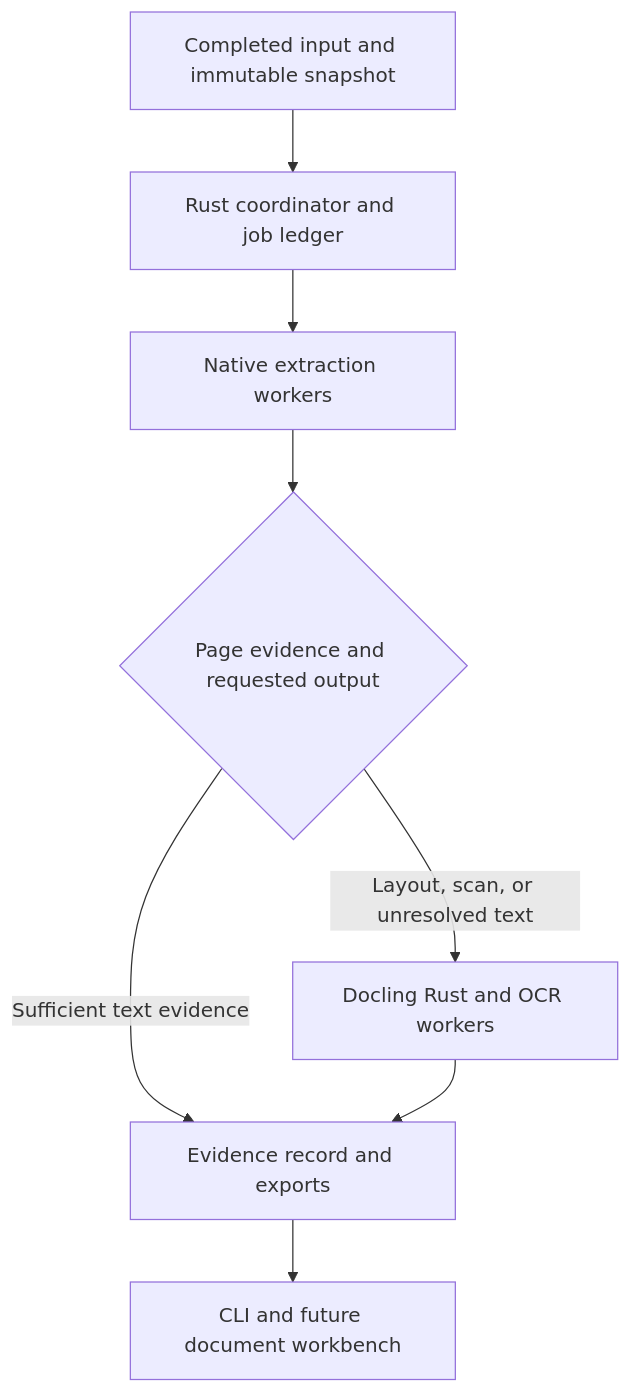
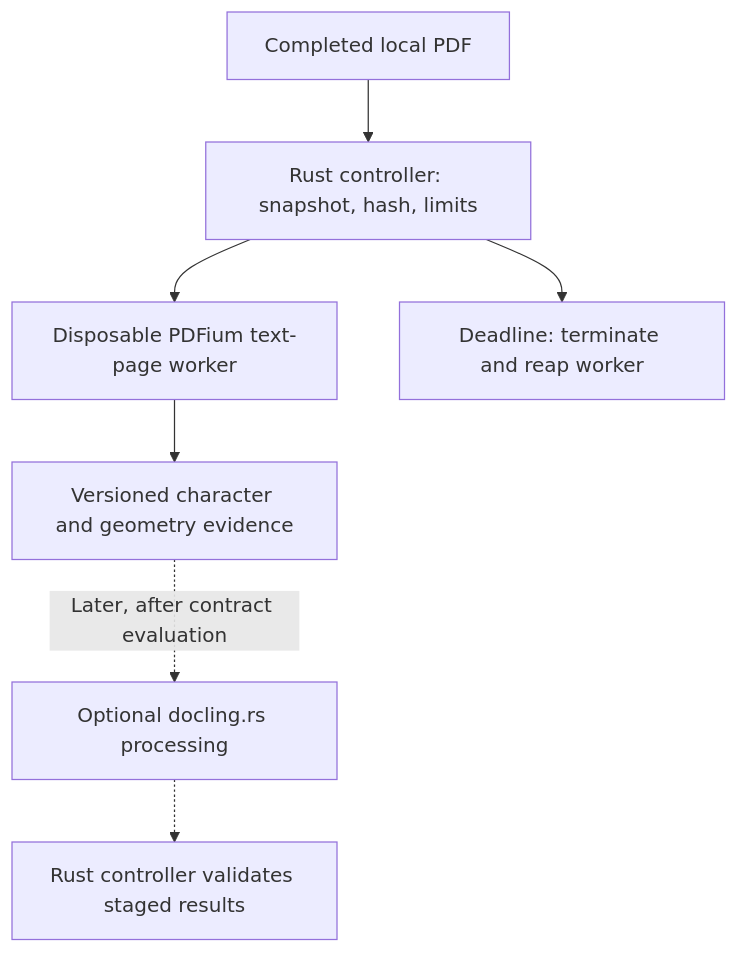
The diagram in README.md (benpshore/ai-slop), drawn with Mermaid before and after one commit. The commit also changed other lines of this file and 9 other files, not shown here.

Commit message:
Add a Rust-supervised PDFium character evidence experiment

````diff
--- a/README.md
+++ b/README.md
@@ -177,10 +185,9 @@
 ```mermaid
 flowchart TD
-    A["Completed input and immutable snapshot"] --> B["Rust coordinator and job ledger"]
-    B --> C["Native extraction workers"]
-    C --> D{"Page evidence and requested output"}
-    D -->|"Sufficient text evidence"| E["Evidence record and exports"]
-    D -->|"Layout, scan, or unresolved text"| F["Docling Rust and OCR workers"]
-    F --> E
-    E --> G["CLI and future document workbench"]
+    A["Completed local PDF"] --> B["Rust controller: snapshot, hash, limits"]
+    B --> C["Disposable PDFium text-page worker"]
+    C --> D["Versioned character and geometry evidence"]
+    B --> E["Deadline: terminate and reap worker"]
+    D -. "Later, after contract evaluation" .-> F["Optional docling.rs processing"]
+    F -.-> G["Rust controller validates staged results"]
 ```
````
